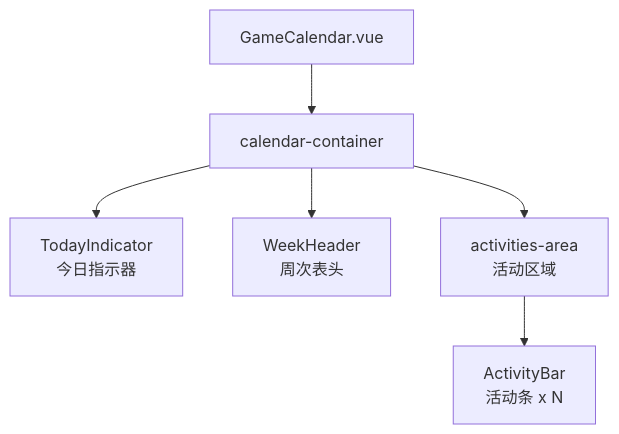
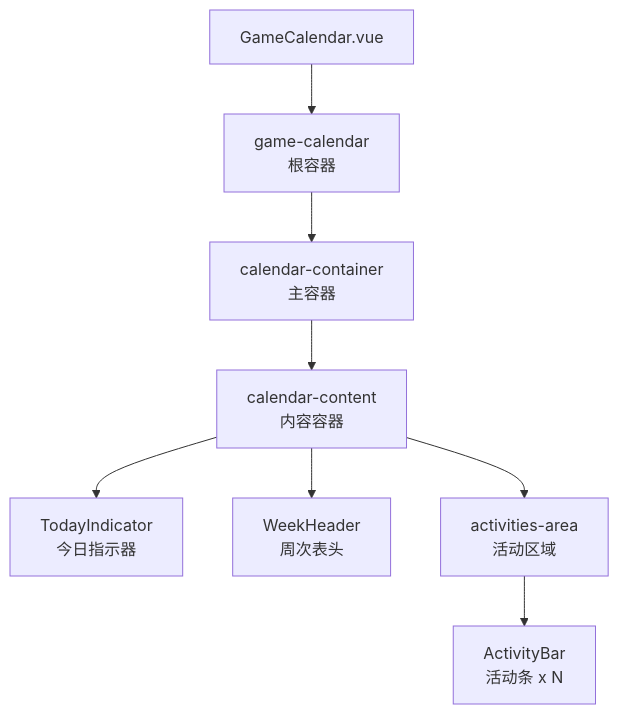
Before and after one commit to xuanyulingnfeg/gameCalendar: the second of 12 diagrams in .qoder/repowiki/zh/content/核心组件/GameCalendar 主容器组件.md, drawn with Mermaid. The commit also changed other lines of this file and 7 other files, not shown here.

````diff
--- a/.qoder/repowiki/zh/content/核心组件/GameCalendar 主容器组件.md
+++ b/.qoder/repowiki/zh/content/核心组件/GameCalendar 主容器组件.md
@@ -83,8 +93,10 @@
 ```mermaid
 flowchart TD
-GameCalendar[GameCalendar.vue] --> Container[calendar-container]
-Container --> TodayIndicator[TodayIndicator<br/>今日指示器]
-Container --> WeekHeader[WeekHeader<br/>周次表头]
-Container --> ActivitiesArea[activities-area<br/>活动区域]
+GameCalendar[GameCalendar.vue] --> GameCalendarDiv[game-calendar<br/>根容器]
+GameCalendarDiv --> CalendarContainer[calendar-container<br/>主容器]
+CalendarContainer --> CalendarContent[calendar-content<br/>内容容器]
+CalendarContent --> TodayIndicator[TodayIndicator<br/>今日指示器]
+CalendarContent --> WeekHeader[WeekHeader<br/>周次表头]
+CalendarContent --> ActivitiesArea[activities-area<br/>活动区域]
 ActivitiesArea --> ActivityBars[ActivityBar<br/>活动条 x N]
 ```
````
